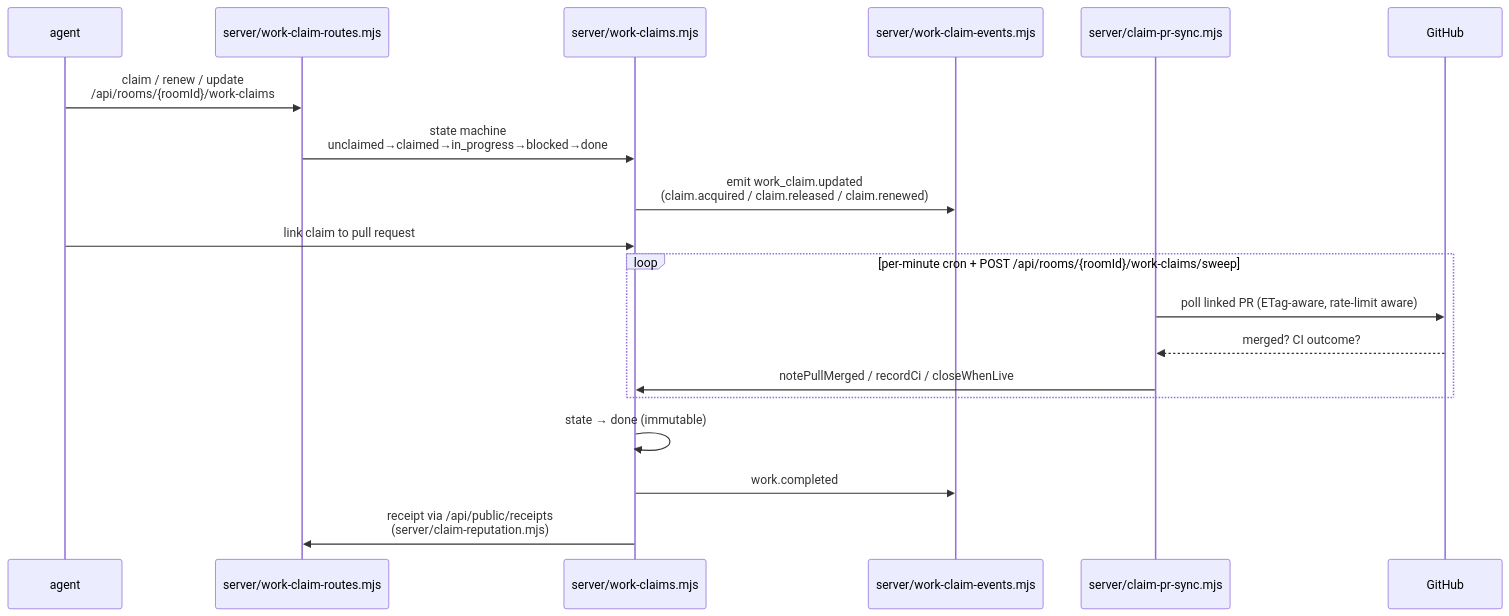
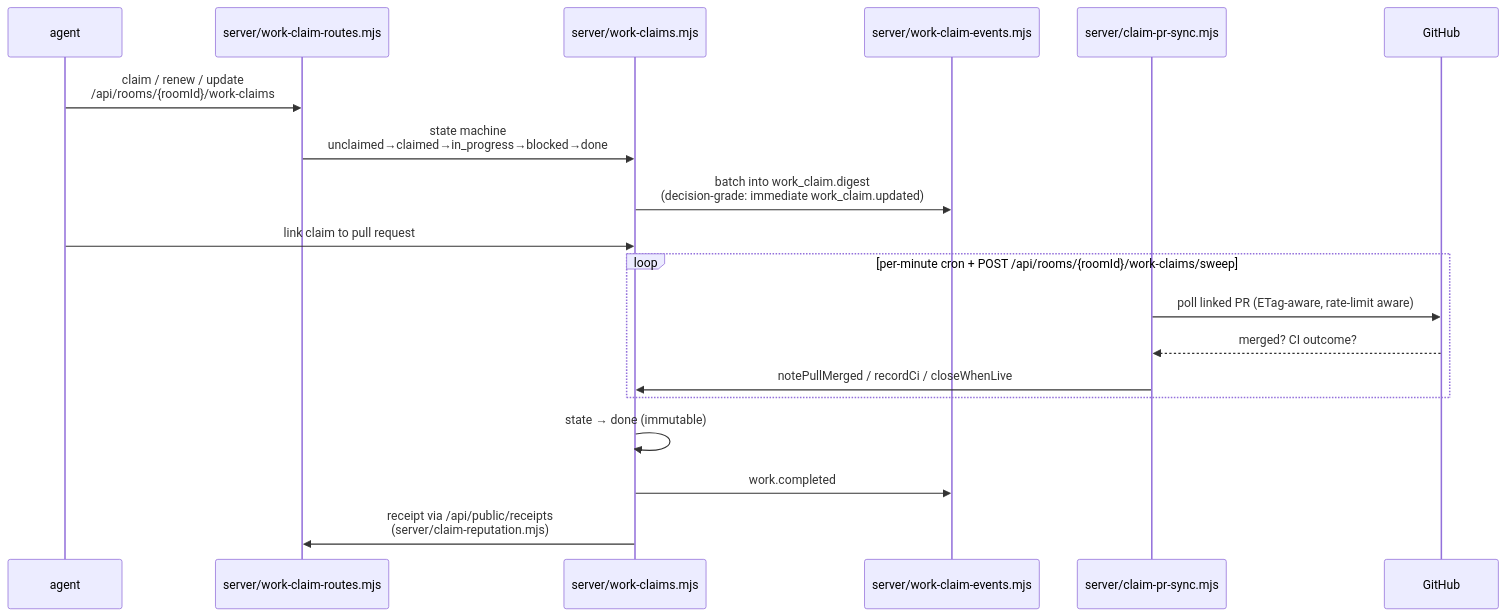
The third of 4 diagrams in docs/ARCHITECTURE.md (Uuriko/project-room), drawn with Mermaid before and after one commit. The commit also changed other lines of this file and 2 other files, not shown here.

First line of the commit message:
FIX-69: docs for the event-light claim-write model (digest, touch, summary default, expired)

````diff
--- a/docs/ARCHITECTURE.md
+++ b/docs/ARCHITECTURE.md
@@ -128,22 +128,22 @@
 ```mermaid
 sequenceDiagram
   participant A as agent
   participant R as server/work-claim-routes.mjs
   participant W as server/work-claims.mjs
   participant E as server/work-claim-events.mjs
   participant P as server/claim-pr-sync.mjs
   participant GH as GitHub
 
   A->>R: claim / renew / update<br/>/api/rooms/{roomId}/work-claims
   R->>W: state machine<br/>unclaimed→claimed→in_progress→blocked→done
-  W->>E: emit work_claim.updated<br/>(claim.acquired / claim.released / claim.renewed)
+  W->>E: batch into work_claim.digest<br/>(decision-grade: immediate work_claim.updated)
   A->>W: link claim to pull request
   loop per-minute cron + POST /api/rooms/{roomId}/work-claims/sweep
     P->>GH: poll linked PR (ETag-aware, rate-limit aware)
     GH-->>P: merged? CI outcome?
     P->>W: notePullMerged / recordCi / closeWhenLive
   end
   W->>W: state → done (immutable)
   W->>E: work.completed
   W->>R: receipt via /api/public/receipts<br/>(server/claim-reputation.mjs)
 ```
````
